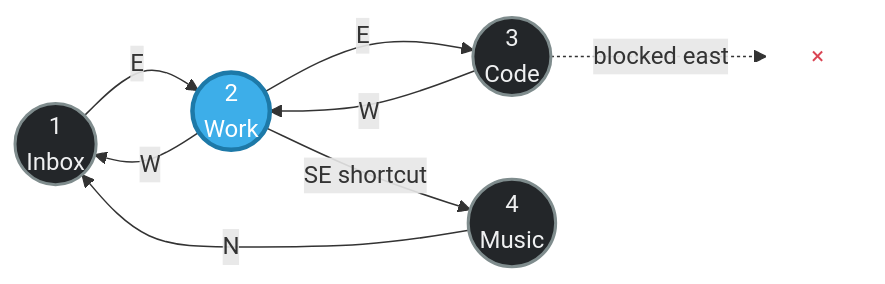
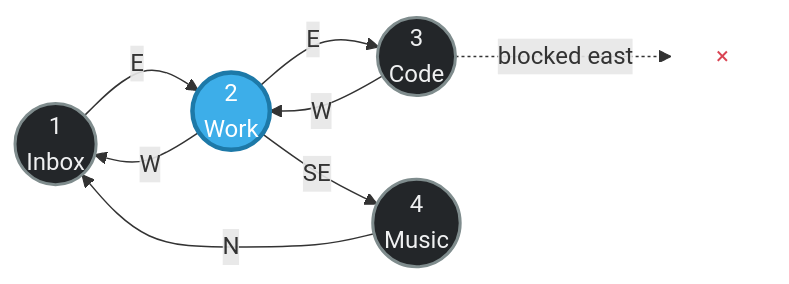
Before and after one commit to tebe-nigrelli/kwin: the diagram in README.md, drawn with Mermaid. The commit also changed other lines of this file and 6 other files, not shown here.

````diff
--- a/README.md
+++ b/README.md
@@ -22,17 +19,17 @@
 ```mermaid
 flowchart LR
     I((1<br>Inbox)) -- E --> W((2<br>Work))
     W -- W --> I
     W -- E --> C((3<br>Code))
     C -- W --> W
-    W -- SE shortcut --> M((4<br>Music))
+    W -- SE --> M((4<br>Music))
     M -- N --> I
     C -. blocked east .-> X[×]
 
     classDef current fill:#3daee9,color:#fff,stroke:#1d79a8,stroke-width:3px
     classDef desktop fill:#232629,color:#eff0f1,stroke:#7f8c8d,stroke-width:2px
     classDef blocked fill:transparent,color:#da4453,stroke:transparent
     class W current
     class I,C,M desktop
     class X blocked
 ```
````
